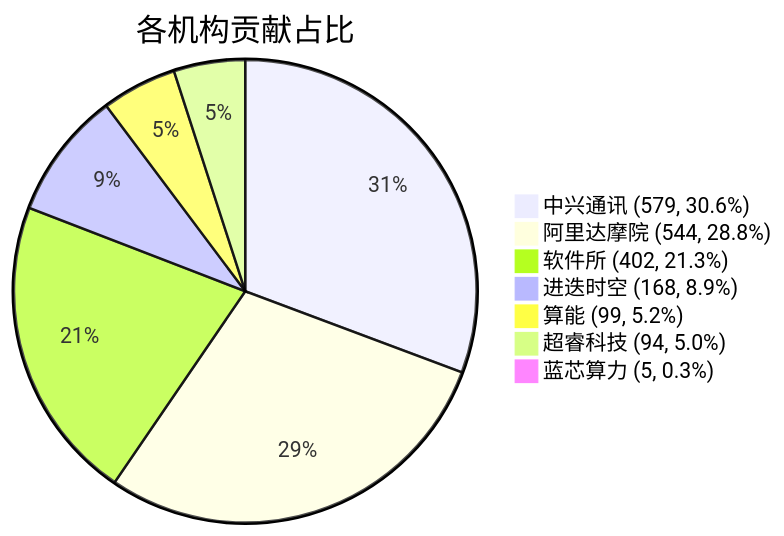
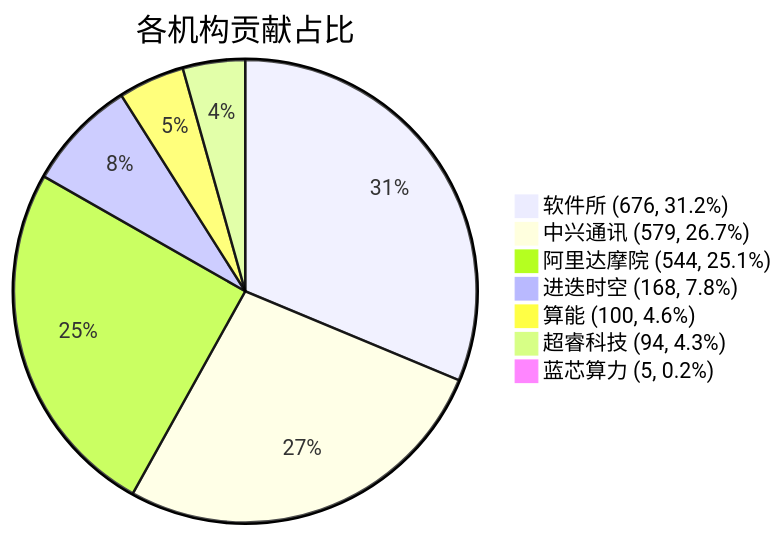
One commit to RVCK-Project/rvck changed the diagram in docs/index.md. Above: the diagram before and after it, drawn with Mermaid. The commit also changed other lines of this file and 26 other files, not shown here.

````diff
--- a/docs/index.md
+++ b/docs/index.md
@@ -34,10 +34,10 @@
 ```mermaid
 pie title 各机构贡献占比
-    "中兴通讯 (579, 30.6%)" : 579
-    "阿里达摩院 (544, 28.8%)" : 544
-    "软件所 (402, 21.3%)" : 402
-    "进迭时空 (168, 8.9%)" : 168
-    "算能 (99, 5.2%)" : 99
-    "超睿科技 (94, 5.0%)" : 94
-    "蓝芯算力 (5, 0.3%)" : 5
+    "软件所 (676, 31.2%)" : 676
+    "中兴通讯 (579, 26.7%)" : 579
+    "阿里达摩院 (544, 25.1%)" : 544
+    "进迭时空 (168, 7.8%)" : 168
+    "算能 (100, 4.6%)" : 100
+    "超睿科技 (94, 4.3%)" : 94
+    "蓝芯算力 (5, 0.2%)" : 5
 ```
````
